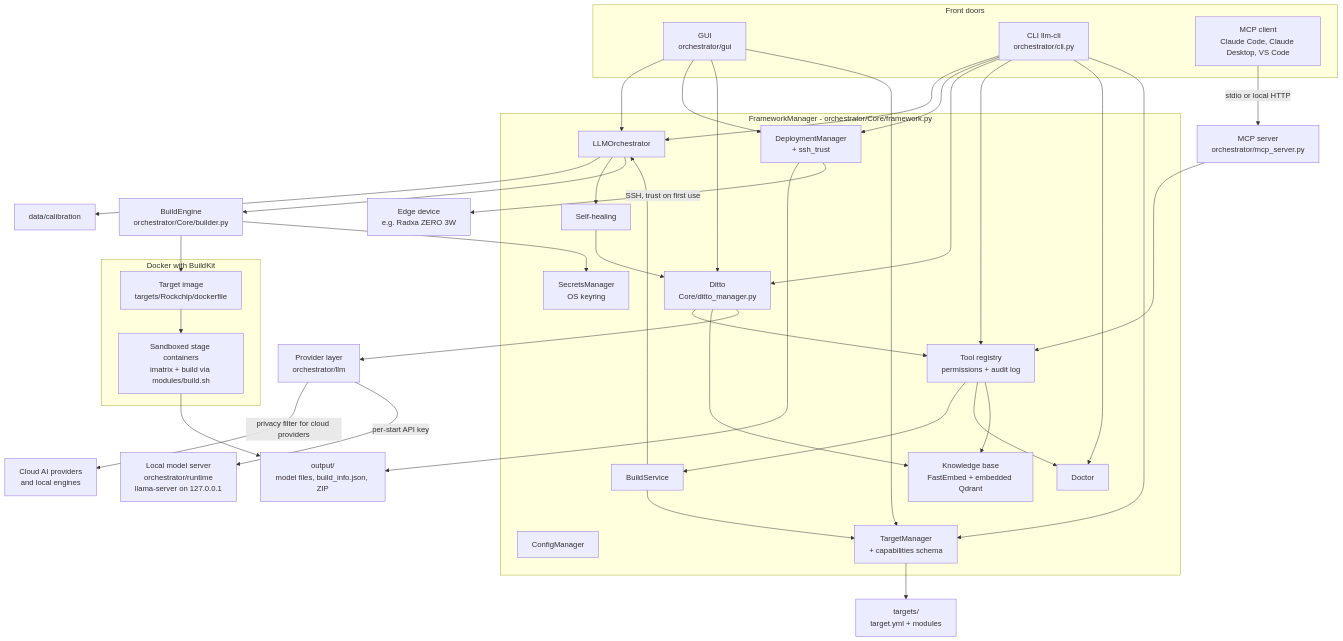
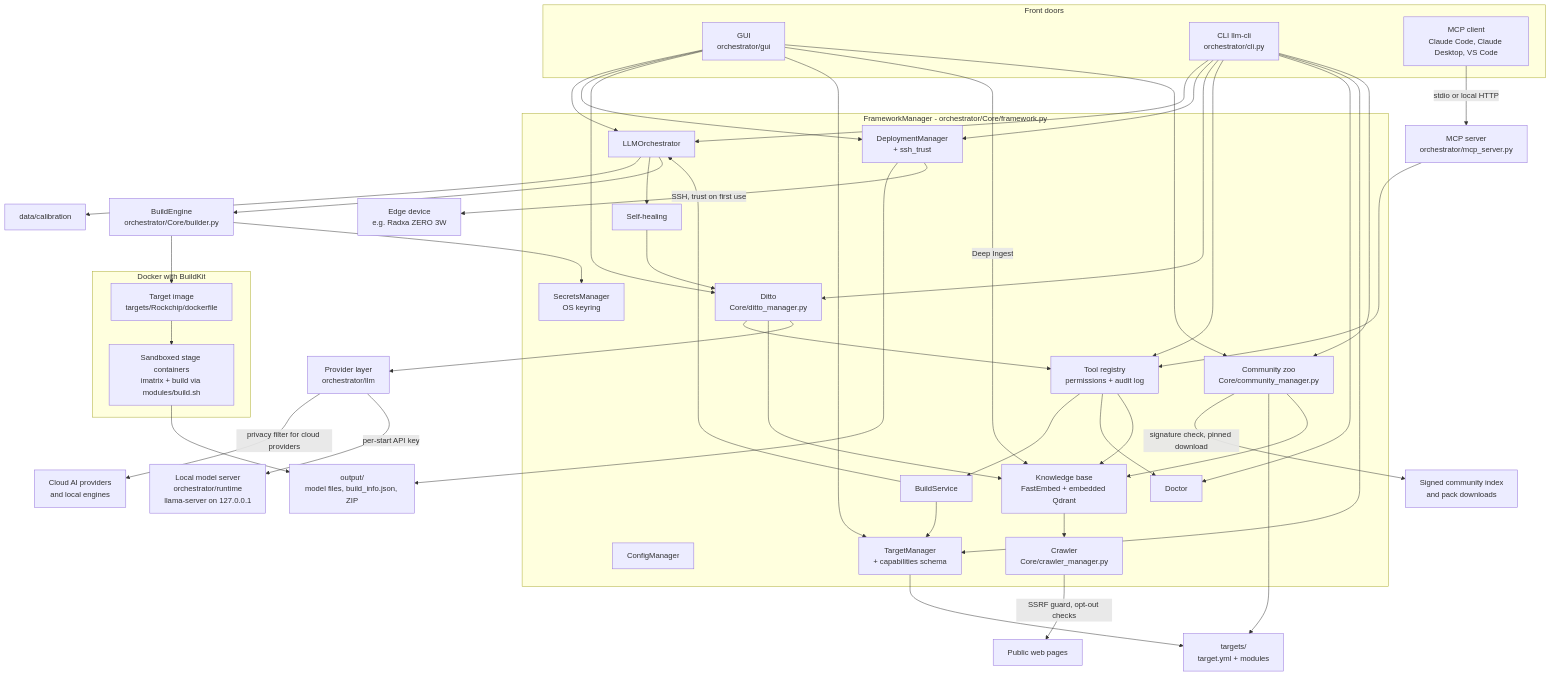
The first of 2 diagrams in docs/BLUEPRINT.md (Smilez1985/LLM_Cross-Compiler_Framework), drawn with Mermaid before and after one commit. The commit also changed other lines of this file and 1 other file, not shown here.

First line of the commit message:
Blueprint: design of crawler opt-outs, retrieval, community packs and input history

```diff
--- a/docs/BLUEPRINT.md
+++ b/docs/BLUEPRINT.md
@@ -94,6 +96,8 @@
         HEAL["Self-healing"]
         DITTO["Ditto<br/>Core/ditto_manager.py"]
         RAG["Knowledge base<br/>FastEmbed + embedded Qdrant"]
+        CRAWL["Crawler<br/>Core/crawler_manager.py"]
+        ZOO["Community zoo<br/>Core/community_manager.py"]
         DOC["Doctor"]
         DEP["DeploymentManager<br/>+ ssh_trust"]
     end
@@ -101,6 +105,8 @@
     LLM["Provider layer<br/>orchestrator/llm"]
     RT["Local model server<br/>orchestrator/runtime<br/>llama-server on 127.0.0.1"]
     CLOUD["Cloud AI providers<br/>and local engines"]
+    WEB["Public web pages"]
+    IDX["Signed community index<br/>and pack downloads"]
 
     BE["BuildEngine<br/>orchestrator/Core/builder.py"]
     subgraph Docker["Docker with BuildKit"]
@@ -135,6 +141,14 @@
     ORC --> HEAL
     HEAL --> DITTO
     DITTO --> RAG
+    GUI -->|"Deep Ingest"| RAG
+    RAG --> CRAWL
+    CRAWL -->|"SSRF guard, opt-out checks"| WEB
+    GUI --> ZOO
+    CLI --> ZOO
+    ZOO -->|"signature check, pinned download"| IDX
+    ZOO --> TGT
+    ZOO --> RAG
     DITTO --> LLM
     LLM -->|"privacy filter for cloud providers"| CLOUD
     LLM -->|"per-start API key"| RT
```
